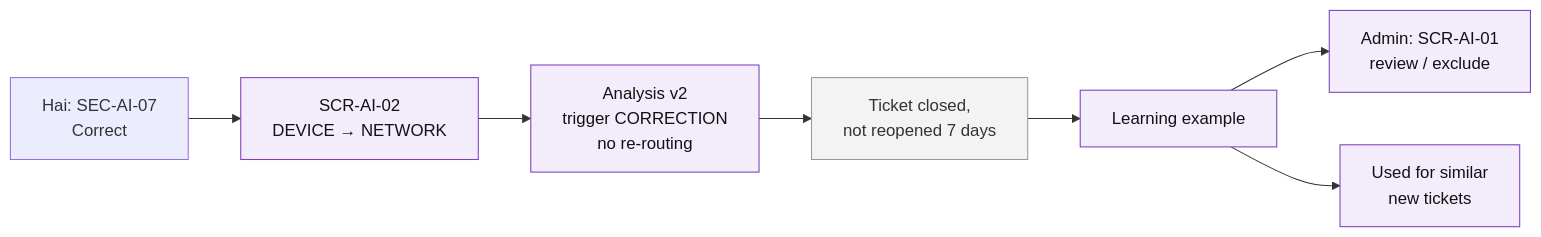
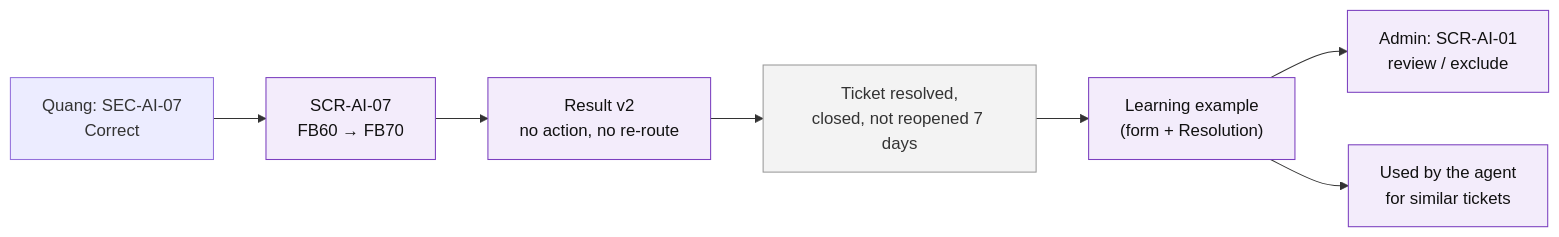
One commit to Akaza-ban/Fable changed the seventh of 7 diagrams in docs/f04-ai-ticket-processing/information-architecture/02-user-flows.md. Above: the diagram before and after it, drawn with Mermaid. The commit also changed other lines of this file and 9 other files, not shown here.

First line of the commit message:
docs(F04): re-scope to processing after the new mind map (F05 routes, F04 processes)

````diff
--- a/docs/f04-ai-ticket-processing/information-architecture/02-user-flows.md
+++ b/docs/f04-ai-ticket-processing/information-architecture/02-user-flows.md
@@ -148,14 +185,14 @@
 ```mermaid
 flowchart LR
-    a["Hai: SEC-AI-07<br/>Correct"] --> b["SCR-AI-02<br/>DEVICE → NETWORK"]
-    b --> c["Analysis v2<br/>trigger CORRECTION<br/>no re-routing"]
-    c --> d["Ticket closed,<br/>not reopened 7 days"]
-    d --> e["Learning example"]
+    a["Quang: SEC-AI-07<br/>Correct"] --> b["SCR-AI-07<br/>FB60 → FB70"]
+    b --> c["Result v2<br/>no action, no re-route"]
+    c --> d["Ticket resolved,<br/>closed, not reopened 7 days"]
+    d --> e["Learning example<br/>(form + Resolution)"]
     e --> f["Admin: SCR-AI-01<br/>review / exclude"]
-    e --> g["Used for similar<br/>new tickets"]
+    e --> g["Used by the agent<br/>for similar tickets"]
 
     classDef f04 fill:#f3ecfb,color:#111,stroke:#7b3fbf
     classDef other fill:#f3f3f3,color:#333,stroke:#999
     class b,c,e,f,g f04
     class d other
 ```
````
